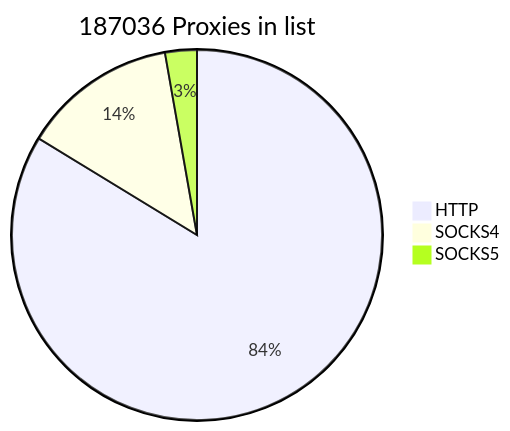
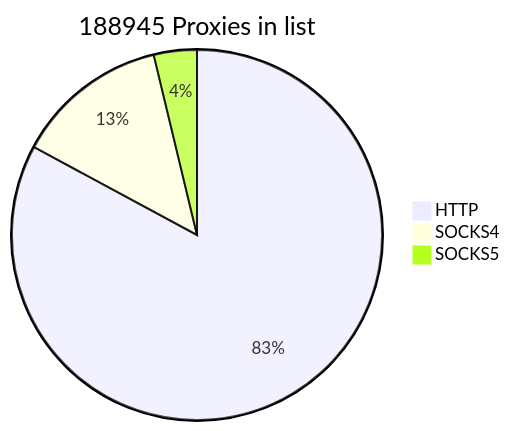
Before and after one commit to cutipu/proxylist: the first of 2 diagrams in README.md, drawn with Mermaid. The commit also changed other lines of this file, not shown here.

````diff
--- a/README.md
+++ b/README.md
@@ -2,7 +2,7 @@
 ```mermaid
-pie title 187036 Proxies in list
+pie title 188945 Proxies in list
     "HTTP" : 156580
     "SOCKS4" : 25271
-    "SOCKS5" : 5185
+    "SOCKS5" : 7094
             
 ```
````
